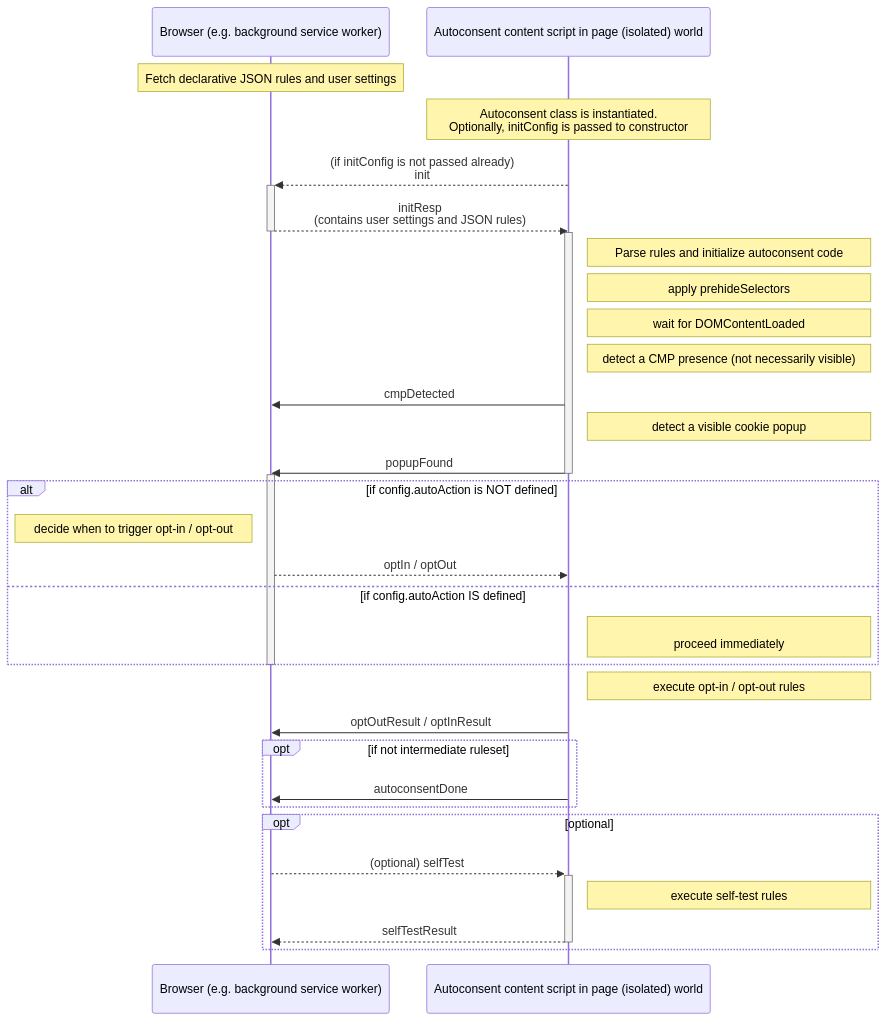
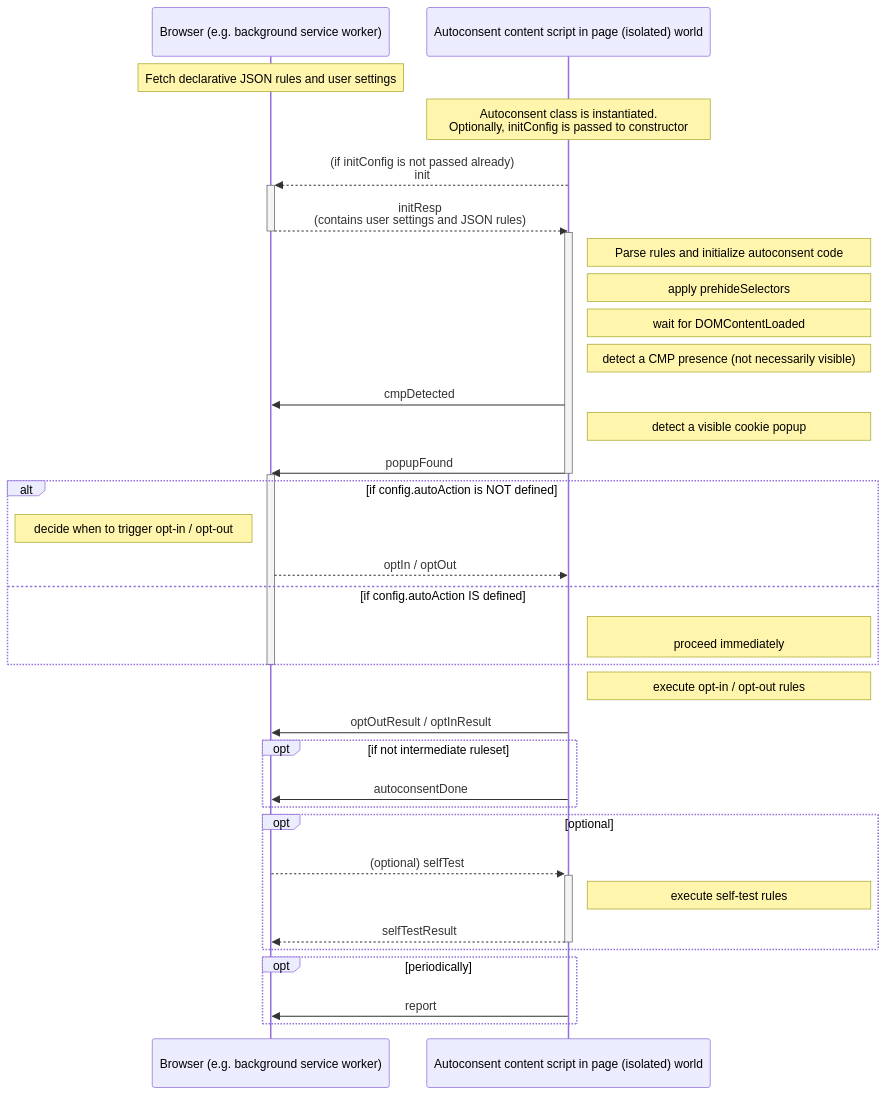
Before and after one commit to duckduckgo/autoconsent: the first of 2 diagrams in api.md, drawn with Mermaid. The commit also changed other lines of this file and 2 other files, not shown here.

Commit message:
Move report annotations closer to the type definitions

````diff
--- a/api.md
+++ b/api.md
@@ -36,45 +36,49 @@
 ```mermaid
 
 sequenceDiagram
     participant BG as Browser (e.g. background service worker)
     participant CS as Autoconsent content script in page (isolated) world
 
     Note over BG: Fetch declarative JSON rules and user settings
     Note over CS: Autoconsent class is instantiated.<br/>Optionally, initConfig is passed to constructor
 
     CS -->>+ BG: (if initConfig is not passed already)<br/>init
     BG -->>- CS: initResp<br/>(contains user settings and JSON rules)
 
     activate CS
     Note right of CS: Parse rules and initialize autoconsent code
     Note right of CS: apply prehideSelectors
     Note right of CS: wait for DOMContentLoaded
     Note right of CS: detect a CMP presence (not necessarily visible)
 
     CS ->> BG: cmpDetected
     Note right of CS: detect a visible cookie popup
     CS ->> BG: popupFound
     deactivate CS
     activate BG
     alt if config.autoAction is NOT defined
         Note left of BG: decide when to trigger opt-in / opt-out
         BG -->> CS: optIn / optOut
     else if config.autoAction IS defined
         Note right of CS: <br/>proceed immediately
     end
 
     deactivate BG
 
     Note right of CS: execute opt-in / opt-out rules
     CS ->> BG: optOutResult / optInResult
 
     opt if not intermediate ruleset
         CS ->> BG: autoconsentDone
     end
 
     opt optional
         BG -->>+ CS: (optional) selfTest
         Note right of CS: execute self-test rules
         CS -->>- BG: selfTestResult
     end
+
+    opt periodically
+        CS ->> BG: report
+    end
 ```
````
